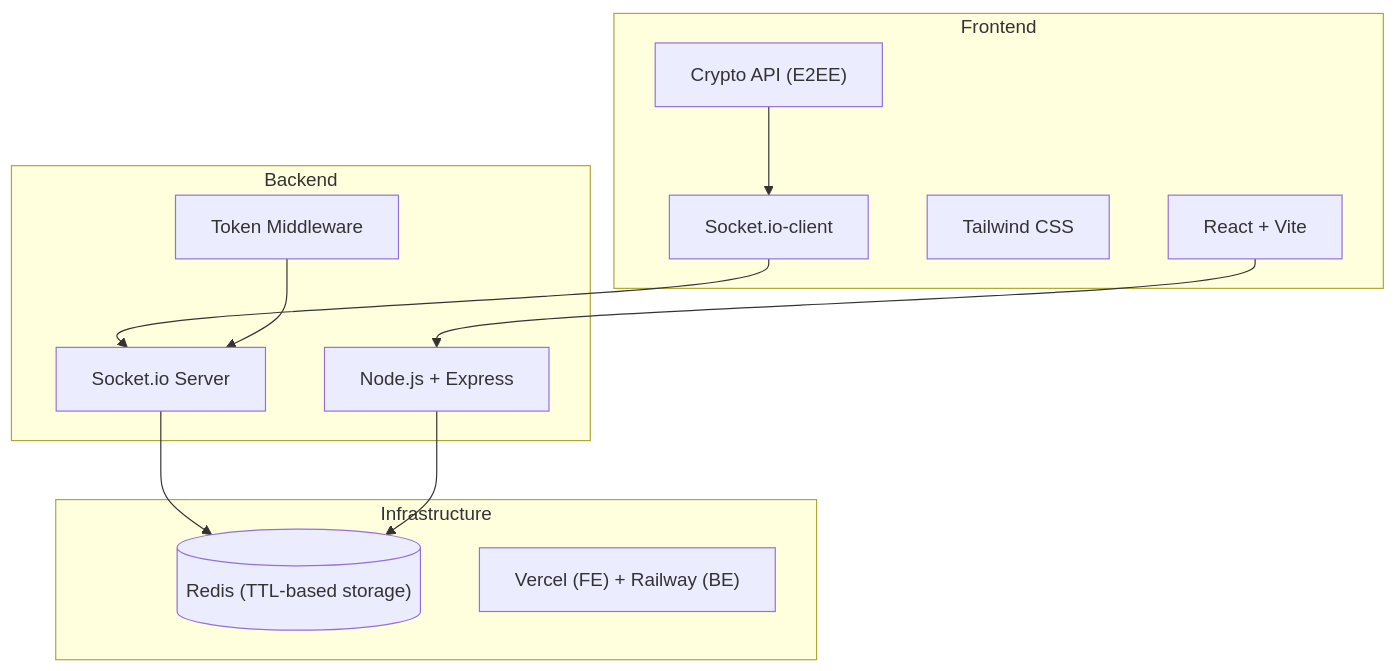
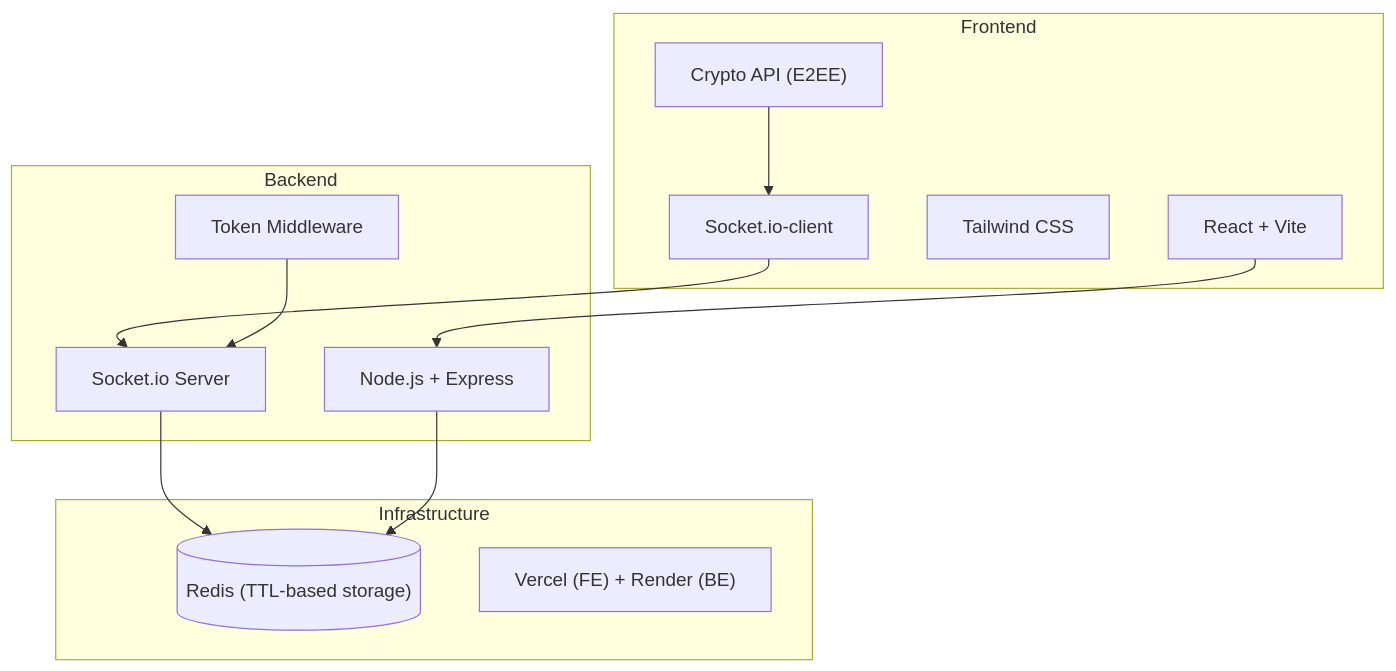
Before and after one commit to snsyaqirah/KacipLuhh: the first of 13 diagrams in README.md, drawn with Mermaid. The commit also changed other lines of this file and 57 other files, not shown here.

````diff
--- a/README.md
+++ b/README.md
@@ -64,24 +64,24 @@
 ```mermaid
 graph TD
     subgraph Frontend
         FE["React + Vite"]
         UI["Tailwind CSS"]
         SK["Socket.io-client"]
         CR["Crypto API (E2EE)"]
     end
     subgraph Backend
         BE["Node.js + Express"]
         WS["Socket.io Server"]
         MW["Token Middleware"]
     end
     subgraph Infrastructure
         RD[("Redis (TTL-based storage)")]
-        HOST["Vercel (FE) + Railway (BE)"]
+        HOST["Vercel (FE) + Render (BE)"]
     end
     FE --> BE
     SK --> WS
     CR --> SK
     WS --> RD
     BE --> RD
     MW --> WS
 ```
````
